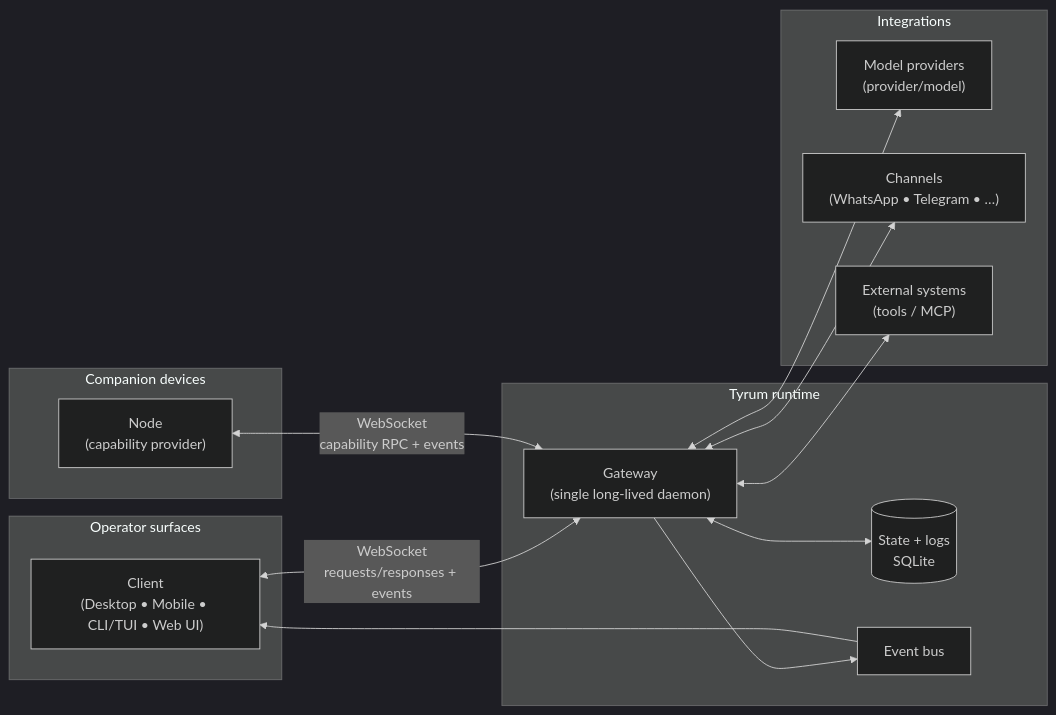
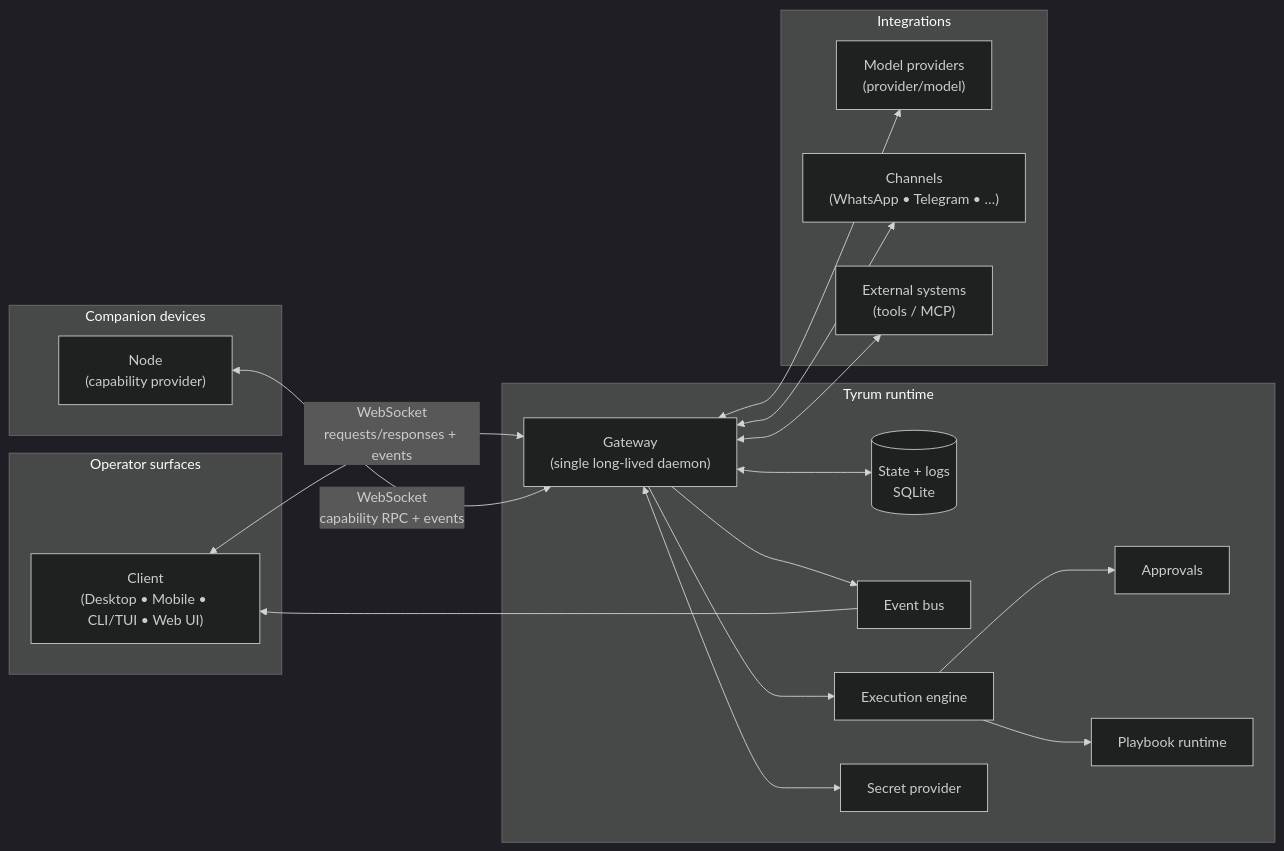
One commit to tyrumai/tyrum changed the diagram in docs/architecture/index.md. Above: the diagram before and after it, drawn with Mermaid (dark theme). The commit also changed other lines of this file and 21 other files, not shown here.

First line of the commit message:
docs: update architecture documentation and improve approval processes

````diff
--- a/docs/architecture/index.md
+++ b/docs/architecture/index.md
@@ -9,31 +9,39 @@
 ```mermaid
 flowchart LR
   subgraph Operator["Operator surfaces"]
     C["Client<br/>(Desktop • Mobile • CLI/TUI • Web UI)"]
   end
 
   subgraph Runtime["Tyrum runtime"]
     G["Gateway<br/>(single long-lived daemon)"]
     DB[("State + logs<br/>SQLite")]
     EV["Event bus"]
+    ENG["Execution engine"]
+    APPR["Approvals"]
+    PB["Playbook runtime"]
+    SEC["Secret provider"]
   end
 
   subgraph Devices["Companion devices"]
     N["Node<br/>(capability provider)"]
   end
 
   subgraph Integrations["Integrations"]
     M["Model providers<br/>(provider/model)"]
     CH["Channels<br/>(WhatsApp • Telegram • …)"]
     EXT["External systems<br/>(tools / MCP)"]
   end
 
   C <--> |"WebSocket<br/>requests/responses + events"| G
   N <--> |"WebSocket<br/>capability RPC + events"| G
   G <--> DB
   G --> EV
   EV --> C
+  G --> ENG
+  ENG --> APPR
+  ENG --> PB
+  G <--> SEC
   G <--> M
   G <--> CH
   G <--> EXT
 ```
````
